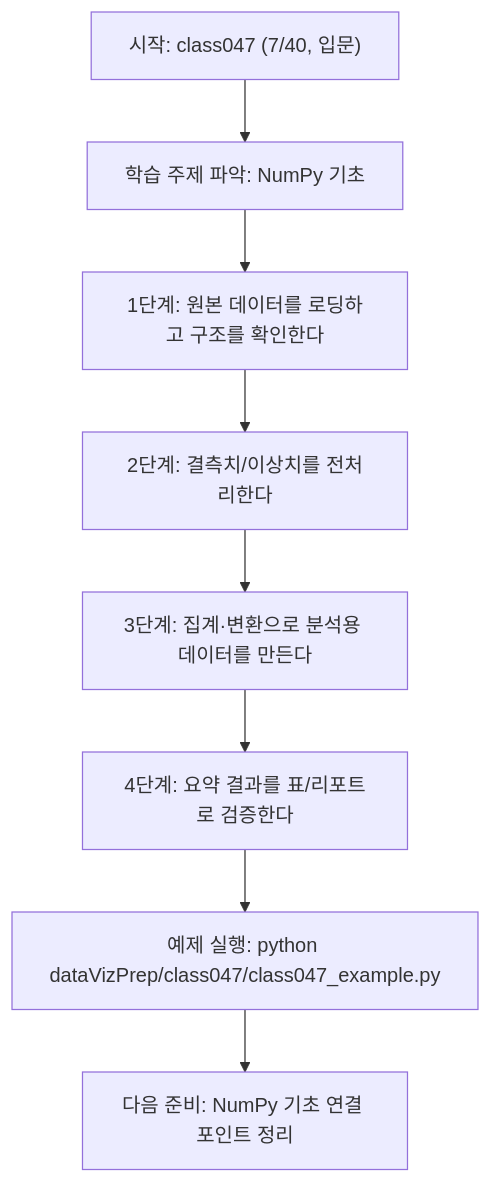
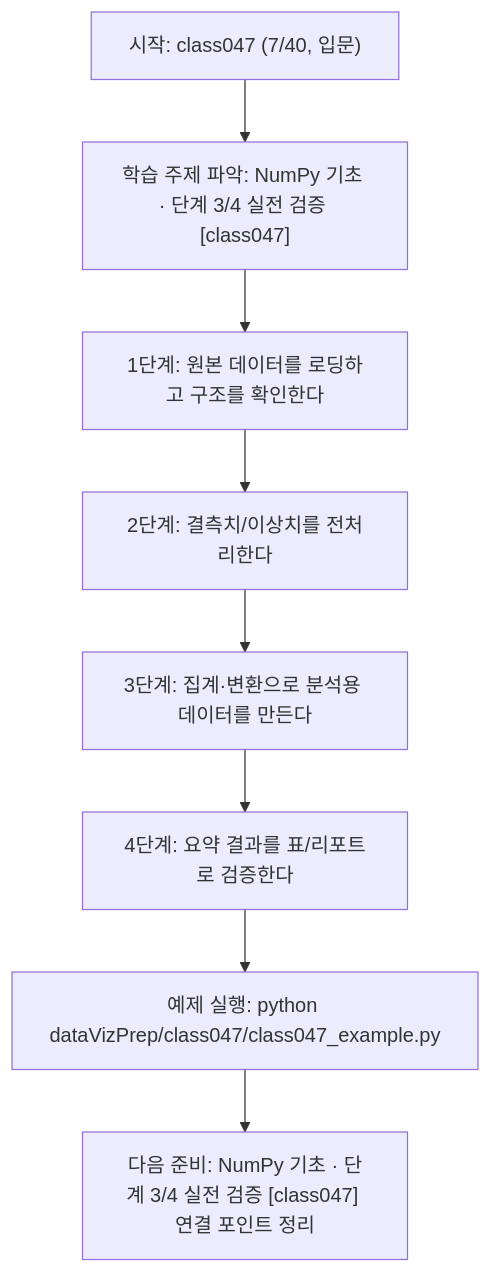
One commit to edumgt/Python-AI_Agent-Class changed the diagram in dataVizPrep/class047/class047.md. Above: the diagram before and after it, drawn with Mermaid. The commit also changed other lines of this file and 522 other files, not shown here.

````diff
--- a/dataVizPrep/class047/class047.md
+++ b/dataVizPrep/class047/class047.md
@@ -109,18 +110,18 @@
 ```mermaid
 flowchart TD
 N1["시작: class047 (7/40, 입문)"]
-N2["학습 주제 파악: NumPy 기초"]
+N2["학습 주제 파악: NumPy 기초 · 단계 3/4 실전 검증 [class047]"]
 N3["1단계: 원본 데이터를 로딩하고 구조를 확인한다"]
 N4["2단계: 결측치/이상치를 전처리한다"]
 N5["3단계: 집계·변환으로 분석용 데이터를 만든다"]
 N6["4단계: 요약 결과를 표/리포트로 검증한다"]
 N7["예제 실행: python dataVizPrep/class047/class047_example.py"]
-N8["다음 준비: NumPy 기초 연결 포인트 정리"]
+N8["다음 준비: NumPy 기초 · 단계 3/4 실전 검증 [class047] 연결 포인트 정리"]
 N1 --> N2
 N2 --> N3
 N3 --> N4
 N4 --> N5
 N5 --> N6
 N6 --> N7
 N7 --> N8
 ```
````
